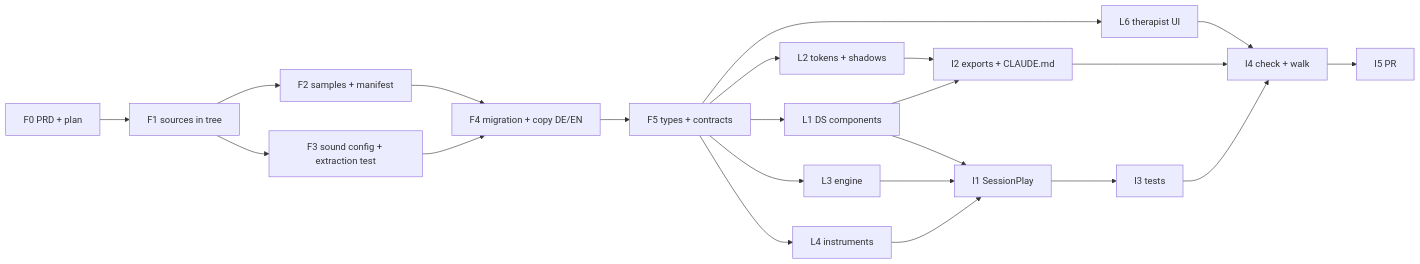
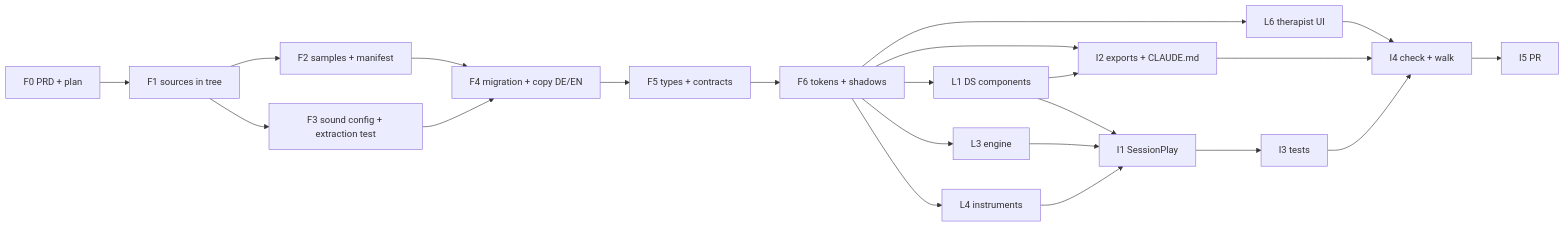
Before and after one commit to product-ben/musie: the diagram in docs/plans/instruments-exercises.md, drawn with Mermaid. The commit also changed other lines of this file and 8 other files, not shown here.

````diff
--- a/docs/plans/instruments-exercises.md
+++ b/docs/plans/instruments-exercises.md
@@ -66,24 +66,24 @@
 ```mermaid
 flowchart LR
   F0[F0 PRD + plan] --> F1[F1 sources in tree]
   F1 --> F2[F2 samples + manifest]
   F1 --> F3[F3 sound config + extraction test]
   F2 --> F4
   F3 --> F4[F4 migration + copy DE/EN]
   F4 --> F5[F5 types + contracts]
-  F5 --> L1[L1 DS components]
-  F5 --> L2[L2 tokens + shadows]
-  F5 --> L3[L3 engine]
-  F5 --> L4[L4 instruments]
-  F5 --> L6[L6 therapist UI]
+  F6 --> L1[L1 DS components]
+  F5 --> F6[F6 tokens + shadows]
+  F6 --> L3[L3 engine]
+  F6 --> L4[L4 instruments]
+  F6 --> L6[L6 therapist UI]
   L1 --> I1[I1 SessionPlay]
   L3 --> I1
   L4 --> I1
-  L2 --> I2[I2 exports + CLAUDE.md]
+  F6 --> I2[I2 exports + CLAUDE.md]
   L1 --> I2
   I1 --> I3[I3 tests]
   L6 --> I4
   I2 --> I4[I4 check + walk]
   I3 --> I4
   I4 --> I5[I5 PR]
 ```
````
